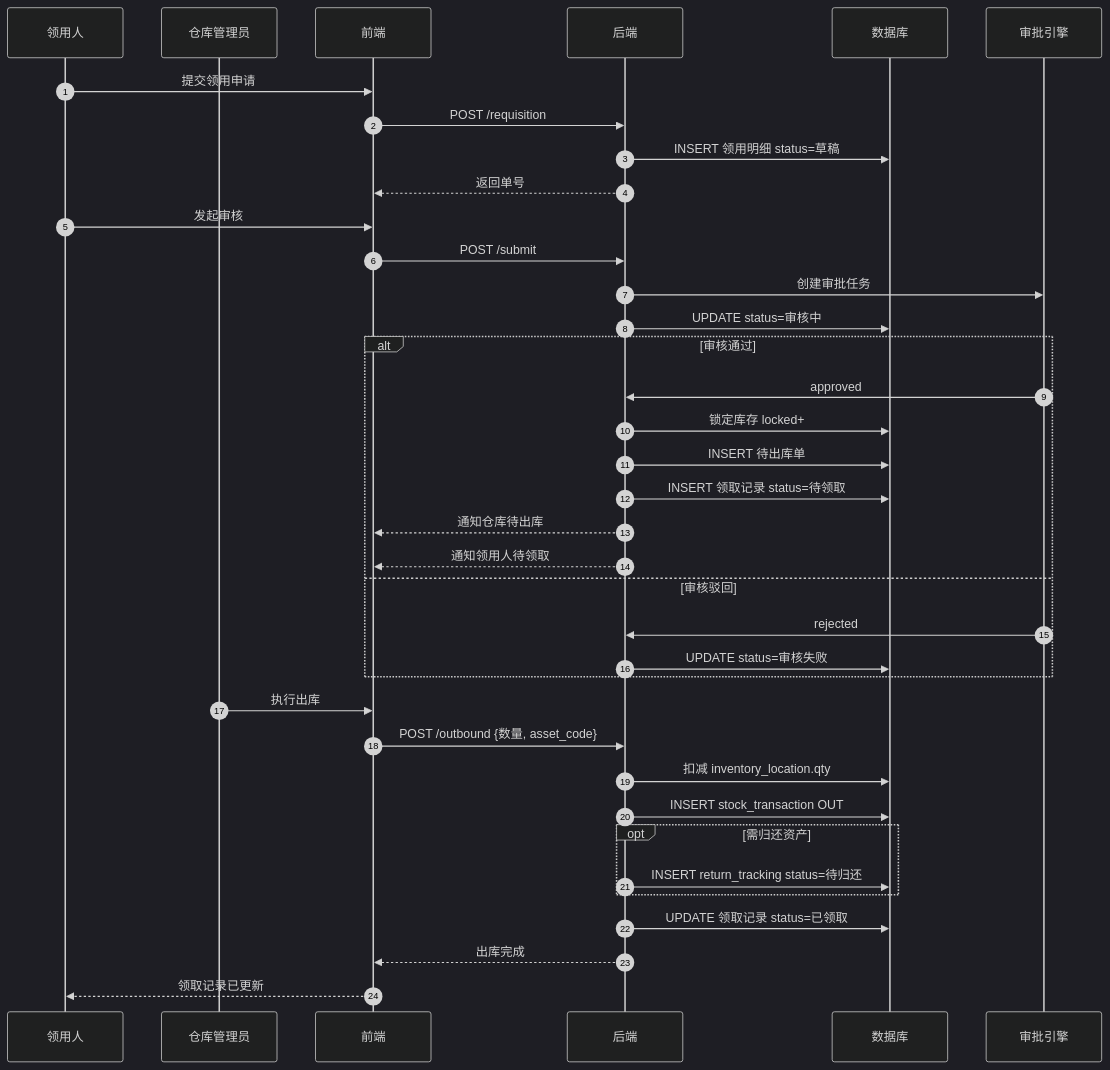
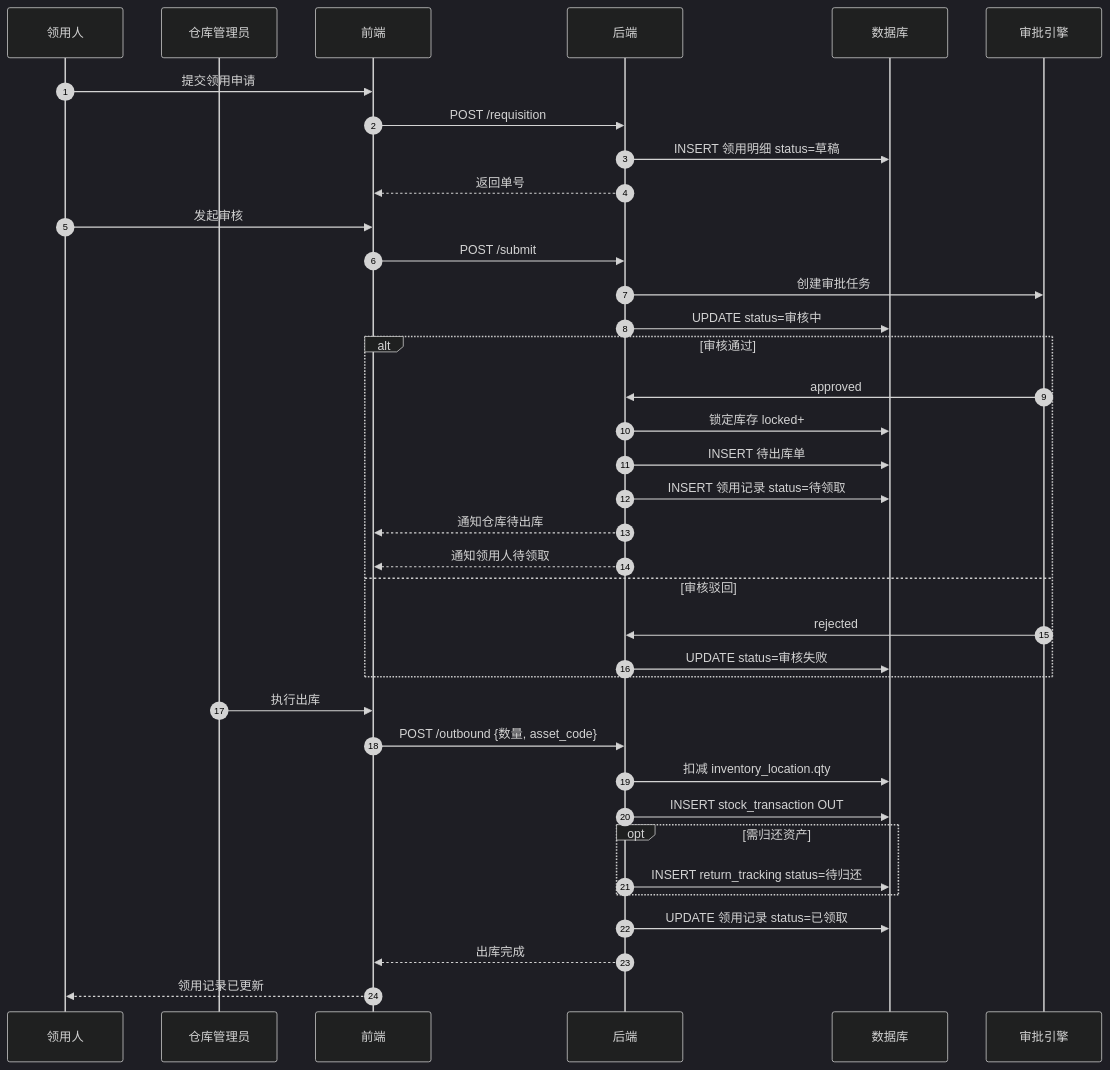
Diagram 13 of 34 in docs/prd.md (liaoliao66/wms), drawn with Mermaid (dark theme) before and after one commit. The commit also changed other lines of this file and 20 other files, not shown here.

````diff
--- a/docs/prd.md
+++ b/docs/prd.md
@@ -820,43 +820,43 @@
 ```mermaid
 sequenceDiagram
     autonumber
     participant U as 领用人
     participant W as 仓库管理员
     participant FE as 前端
     participant BE as 后端
     participant DB as 数据库
     participant WF as 审批引擎
 
     U->>FE: 提交领用申请
     FE->>BE: POST /requisition
     BE->>DB: INSERT 领用明细 status=草稿
     BE-->>FE: 返回单号
 
     U->>FE: 发起审核
     FE->>BE: POST /submit
     BE->>WF: 创建审批任务
     BE->>DB: UPDATE status=审核中
 
     alt 审核通过
         WF->>BE: approved
         BE->>DB: 锁定库存 locked+
         BE->>DB: INSERT 待出库单
-        BE->>DB: INSERT 领取记录 status=待领取
+        BE->>DB: INSERT 领用记录 status=待领取
         BE-->>FE: 通知仓库待出库
         BE-->>FE: 通知领用人待领取
     else 审核驳回
         WF->>BE: rejected
         BE->>DB: UPDATE status=审核失败
     end
 
     W->>FE: 执行出库
     FE->>BE: POST /outbound {数量, asset_code}
     BE->>DB: 扣减 inventory_location.qty
     BE->>DB: INSERT stock_transaction OUT
     opt 需归还资产
         BE->>DB: INSERT return_tracking status=待归还
     end
-    BE->>DB: UPDATE 领取记录 status=已领取
+    BE->>DB: UPDATE 领用记录 status=已领取
     BE-->>FE: 出库完成
-    FE-->>U: 领取记录已更新
+    FE-->>U: 领用记录已更新
 ```
````
